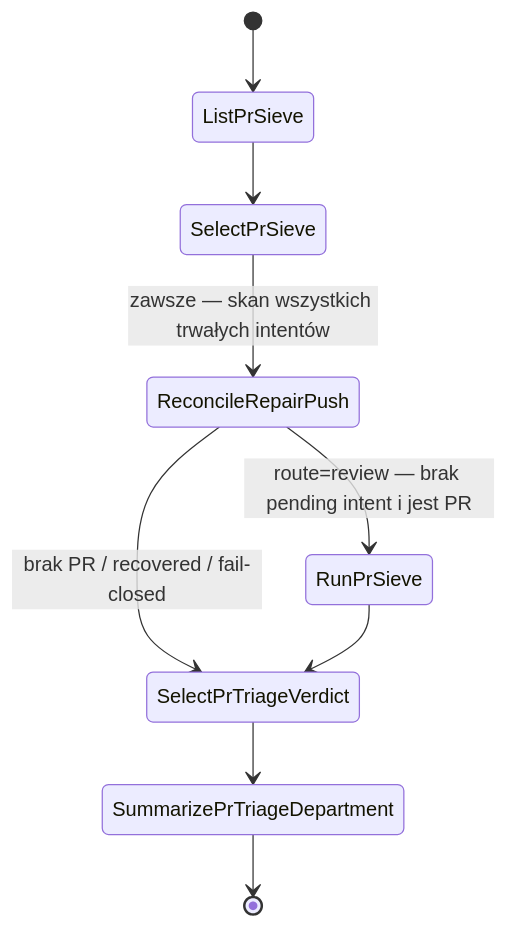
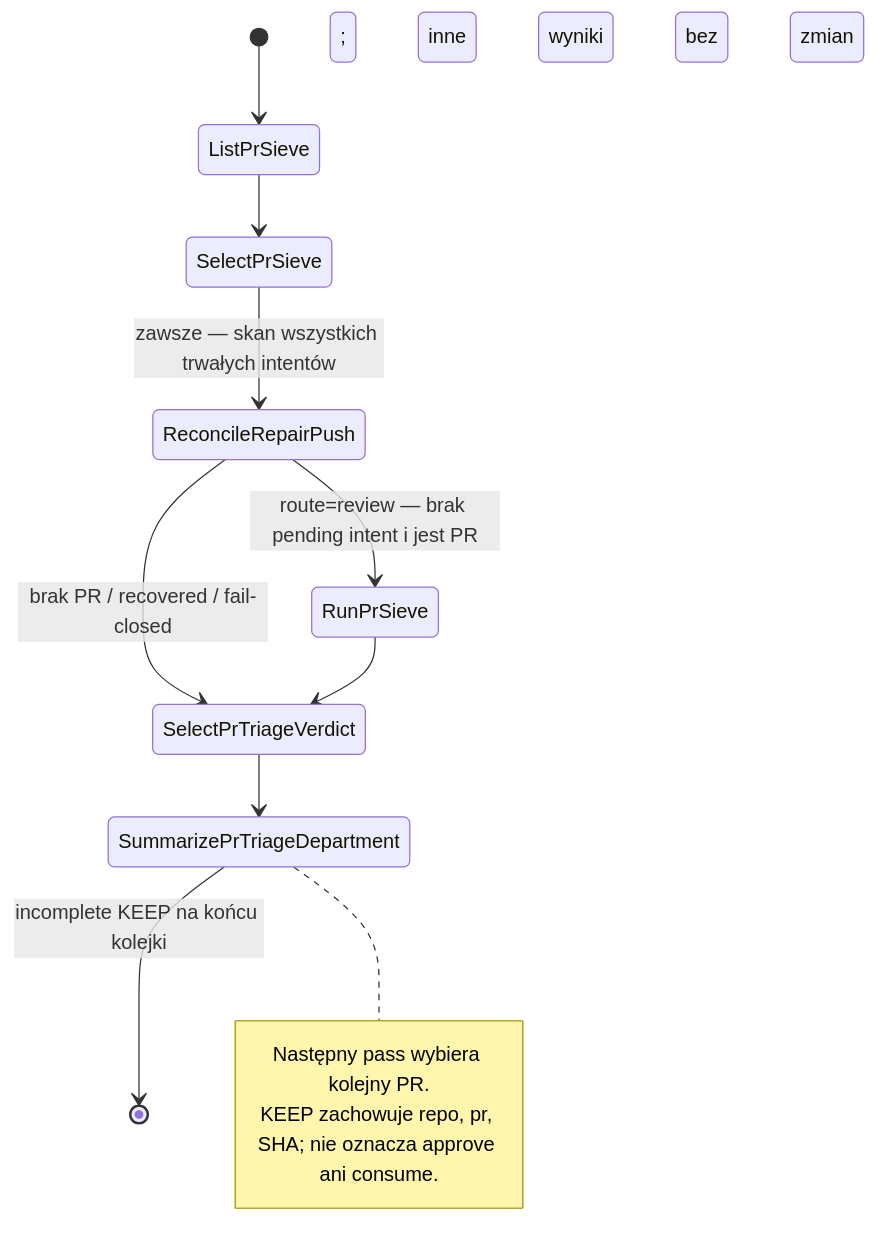
One commit to mikolaj92/lokay changed diagram 22 of 46 in README.md. Above: the diagram before and after it, drawn with Mermaid. The commit also changed other lines of this file and 73 other files, not shown here.

````diff
--- a/README.md
+++ b/README.md
@@ -714,11 +716,15 @@
 ```mermaid
 stateDiagram-v2
     [*] --> ListPrSieve
     ListPrSieve --> SelectPrSieve
     SelectPrSieve --> ReconcileRepairPush: zawsze — skan wszystkich trwałych intentów
     ReconcileRepairPush --> RunPrSieve: route=review — brak pending intent i jest PR
     ReconcileRepairPush --> SelectPrTriageVerdict: brak PR / recovered / fail-closed
     RunPrSieve --> SelectPrTriageVerdict
     SelectPrTriageVerdict --> SummarizePrTriageDepartment
-    SummarizePrTriageDepartment --> [*]
+    SummarizePrTriageDepartment --> [*]: incomplete KEEP na końcu kolejki; inne wyniki bez zmian
+    note right of SummarizePrTriageDepartment
+      Następny pass wybiera kolejny PR.
+      KEEP zachowuje repo, pr, SHA; nie oznacza approve ani consume.
+    end note
 ```
````
